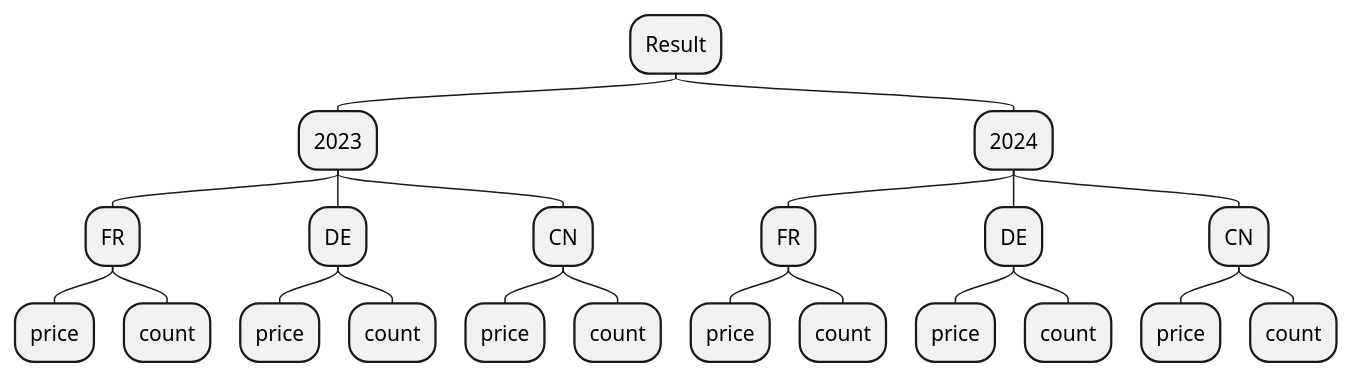
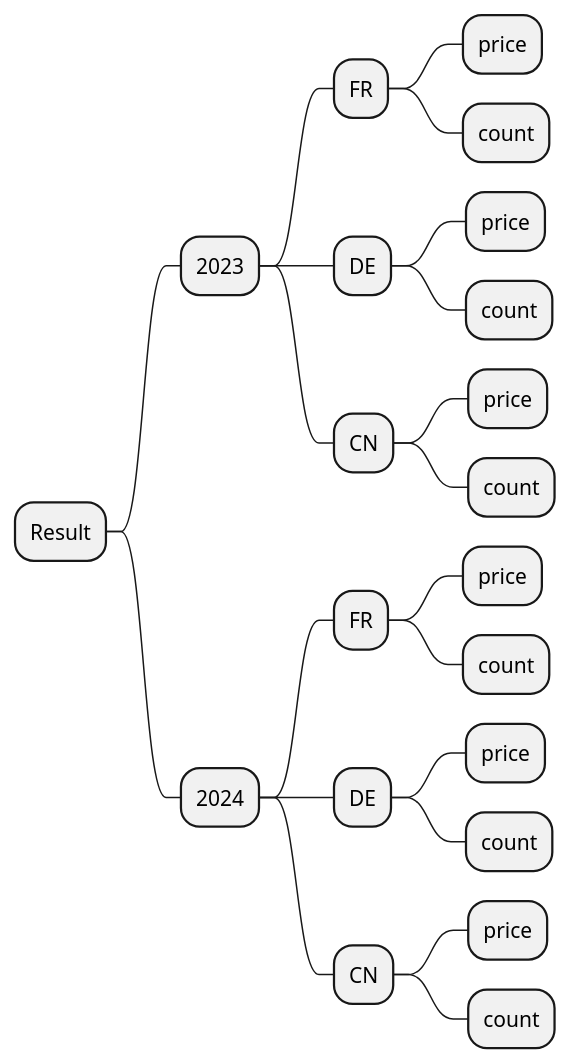
One commit to rekalogika/rekalogika.dev changed the diagram in docs/analytics/diagrams/simple.puml. Above: the diagram before and after it, drawn with PlantUML. The commit also changed 3 other files, not shown here.

```diff
--- a/docs/analytics/diagrams/simple.puml
+++ b/docs/analytics/diagrams/simple.puml
@@ -1,25 +1,25 @@
 @startmindmap
-top to bottom direction
+left to right direction
 
 * Result
 ** 2023
 *** FR
 **** price
 **** count
 *** DE
 **** price
 **** count
 *** CN
 **** price
 **** count
 ** 2024
 *** FR
 **** price
 **** count
 *** DE
 **** price
 **** count
 *** CN
 **** price
 **** count
 @endmindmap
```
